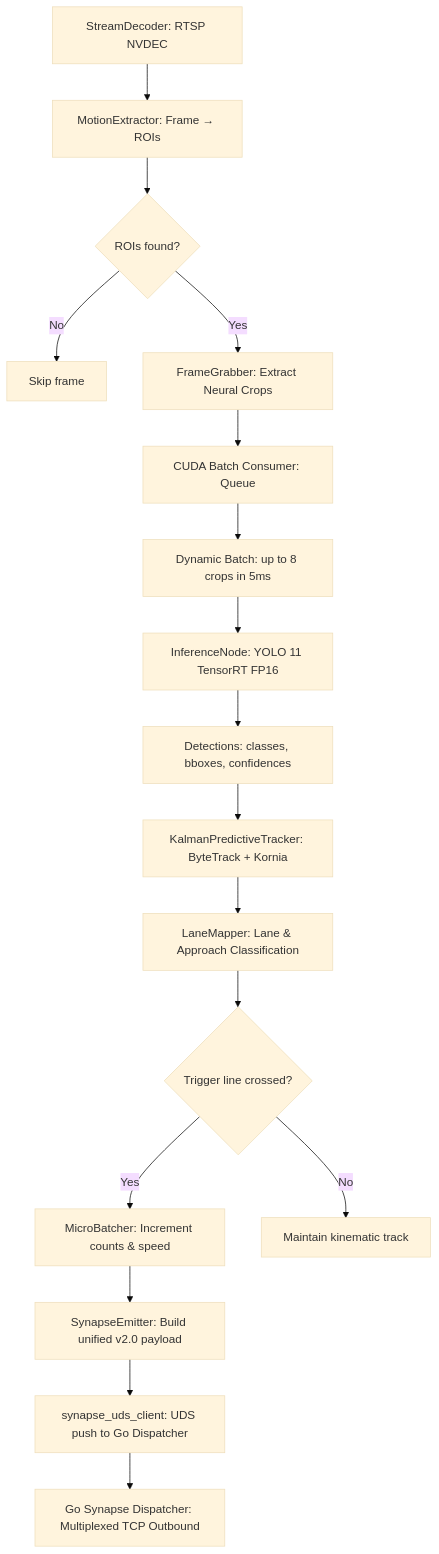
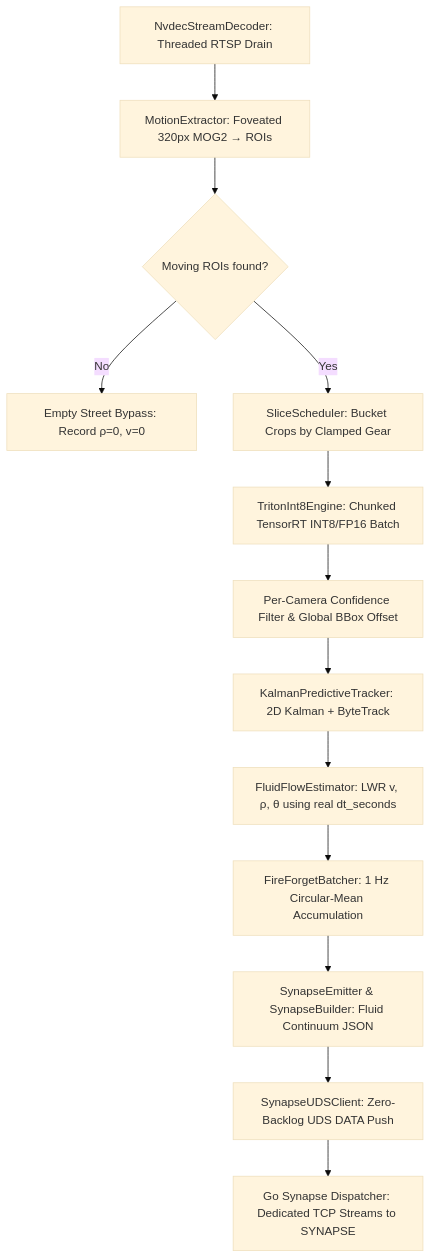
The diagram in docs/en/gpu_pipeline.md (Noxfort-Systems-Brazil/SVISION), drawn with Mermaid (base theme) before and after one commit. The commit also changed other lines of this file and 220 other files, not shown here.

Commit message:
feat(core): implement fenix supervisor, fluid flow estimator, ui optimizations and documentation

````diff
--- a/docs/en/gpu_pipeline.md
+++ b/docs/en/gpu_pipeline.md
@@ -165,19 +154,15 @@
 ```mermaid
 flowchart TD
-    A[StreamDecoder: RTSP NVDEC] --> B[MotionExtractor: Frame → ROIs]
-    B --> C{ROIs found?}
-    C -->|No| D[Skip frame]
-    C -->|Yes| E[FrameGrabber: Extract Neural Crops]
-    E --> F[CUDA Batch Consumer: Queue]
-    F --> G[Dynamic Batch: up to 8 crops in 5ms]
-    G --> H[InferenceNode: YOLO 11 TensorRT FP16]
-    H --> I[Detections: classes, bboxes, confidences]
-    I --> J[KalmanPredictiveTracker: ByteTrack + Kornia]
-    J --> K[LaneMapper: Lane & Approach Classification]
-    K --> L{Trigger line crossed?}
-    L -->|Yes| M[MicroBatcher: Increment counts & speed]
-    L -->|No| N[Maintain kinematic track]
-    M --> O[SynapseEmitter: Build unified v2.0 payload]
-    O --> P[synapse_uds_client: UDS push to Go Dispatcher]
-    P --> Q[Go Synapse Dispatcher: Multiplexed TCP Outbound]
+    A[NvdecStreamDecoder: Threaded RTSP Drain] --> B[MotionExtractor: Foveated 320px MOG2 → ROIs]
+    B --> C{Moving ROIs found?}
+    C -->|No| D[Empty Street Bypass: Record ρ=0, v=0]
+    C -->|Yes| E[SliceScheduler: Bucket Crops by Clamped Gear]
+    E --> F[TritonInt8Engine: Chunked TensorRT INT8/FP16 Batch]
+    F --> G[Per-Camera Confidence Filter & Global BBox Offset]
+    G --> H[KalmanPredictiveTracker: 2D Kalman + ByteTrack]
+    H --> I[FluidFlowEstimator: LWR v, ρ, θ using real dt_seconds]
+    I --> J[FireForgetBatcher: 1 Hz Circular-Mean Accumulation]
+    J --> K[SynapseEmitter & SynapseBuilder: Fluid Continuum JSON]
+    K --> L[SynapseUDSClient: Zero-Backlog UDS DATA Push]
+    L --> M[Go Synapse Dispatcher: Dedicated TCP Streams to SYNAPSE]
 ```
````
